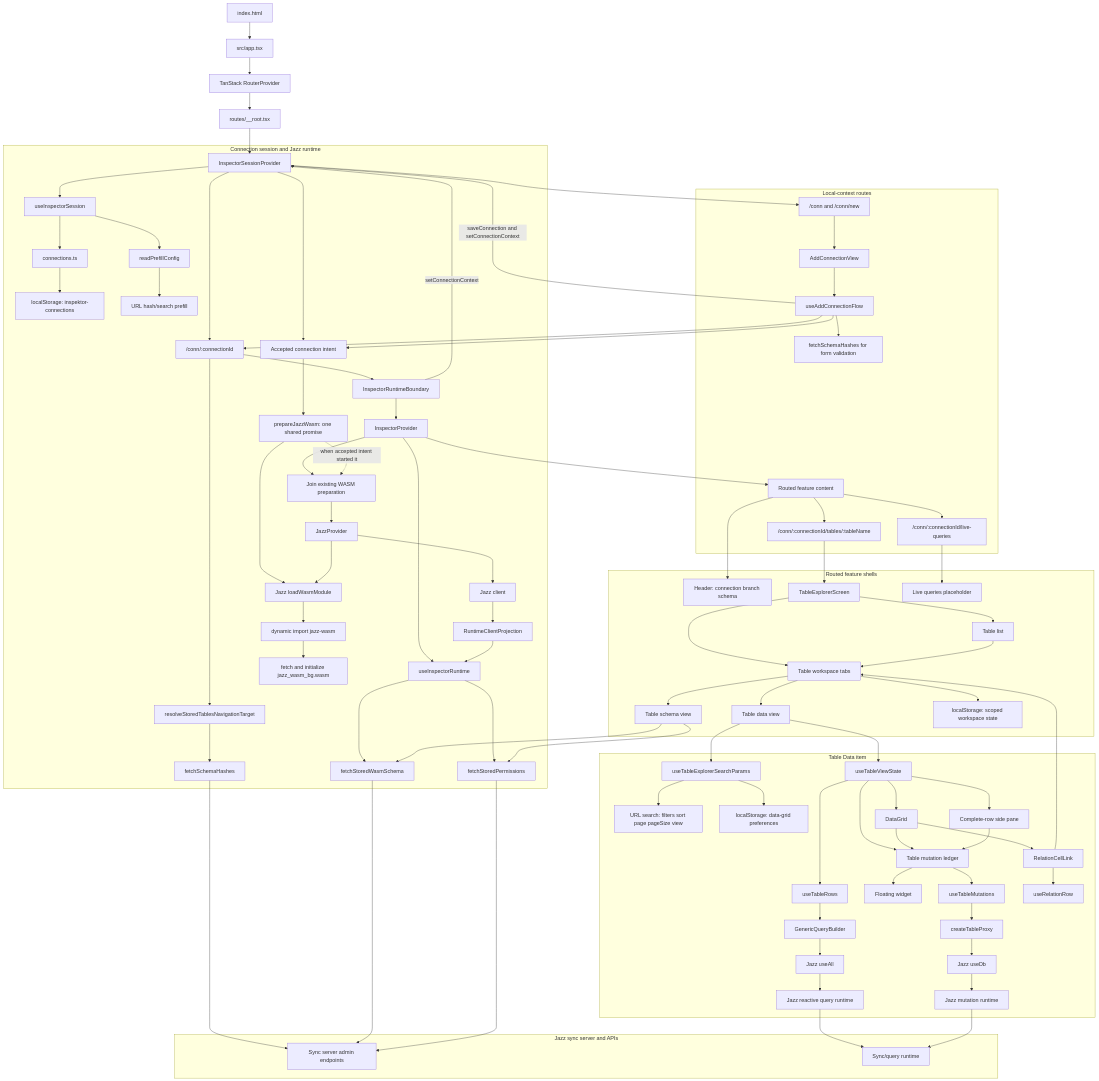
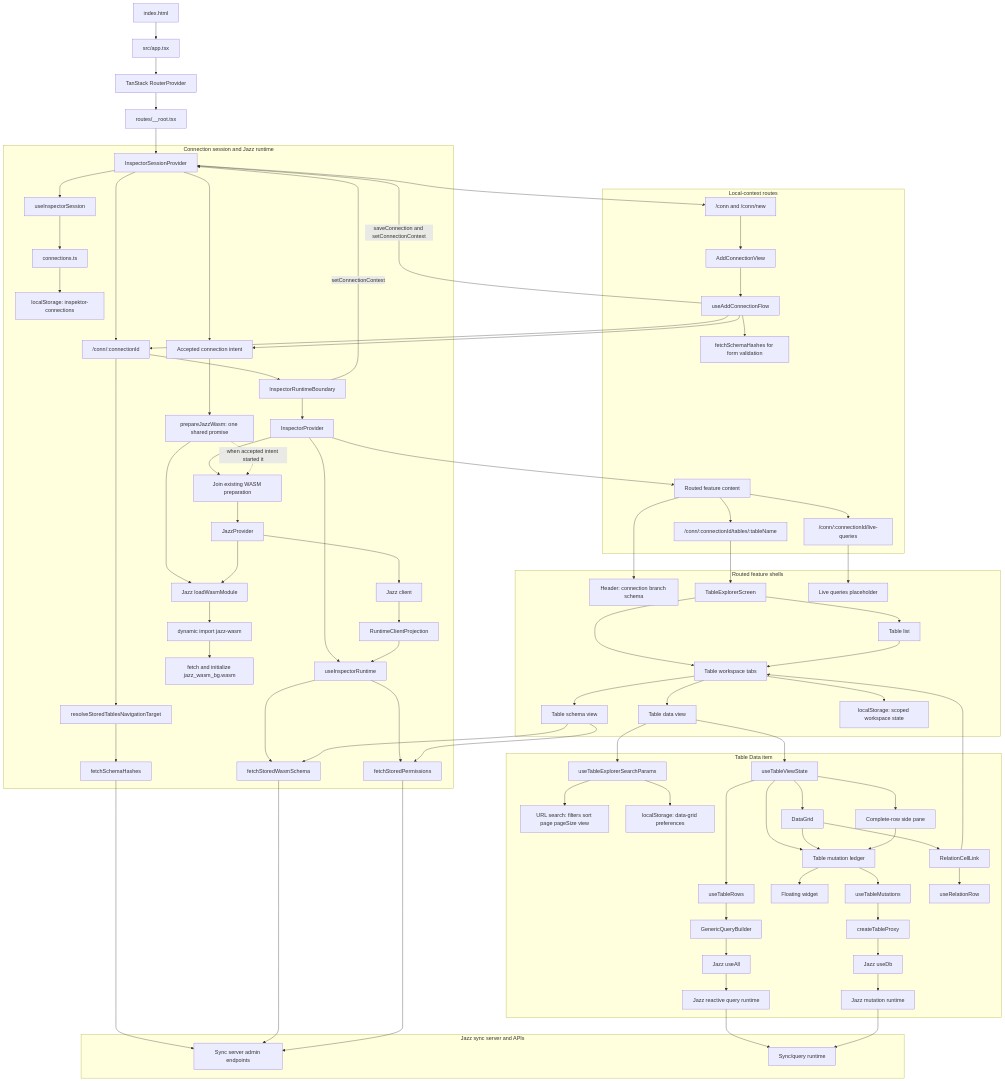
Before and after one commit to cleminso/inspektor: the diagram in docs/design-document.md, drawn with Mermaid. The commit also changed other lines of this file and 26 other files, not shown here.

```diff
--- a/docs/design-document.md
+++ b/docs/design-document.md
@@ -101,9 +101,6 @@
       SessionProvider --> Session["useInspectorSession"]
       Session --> ConnectionStore["connections.ts"]
       ConnectionStore --> ConnectionsStorage["localStorage: inspektor-connections"]
-      Session --> Prefill["readPrefillConfig"]
-      Prefill --> UrlHash["URL hash/search prefill"]
-
       SessionProvider --> ConnectionRoute["/conn/:connectionId"]
       SessionProvider --> AcceptedIntent["Accepted connection intent"]
       AcceptedIntent --> WasmPreparation["prepareJazzWasm: one shared promise"]
```
